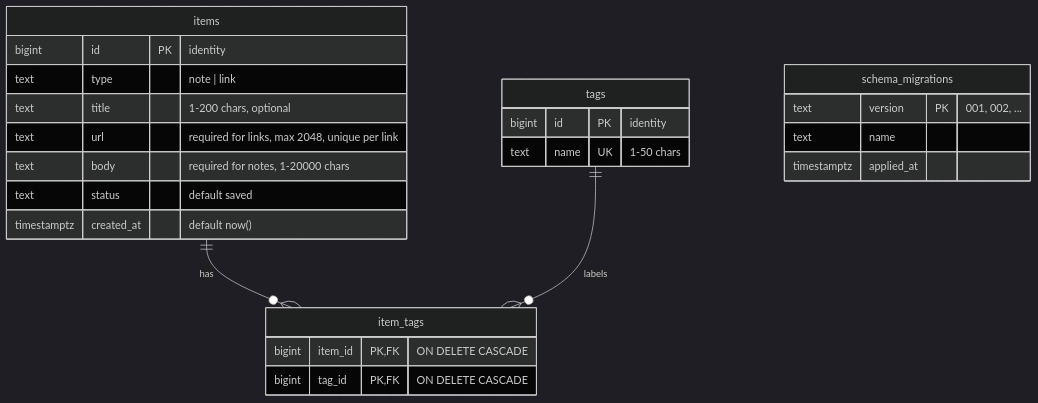
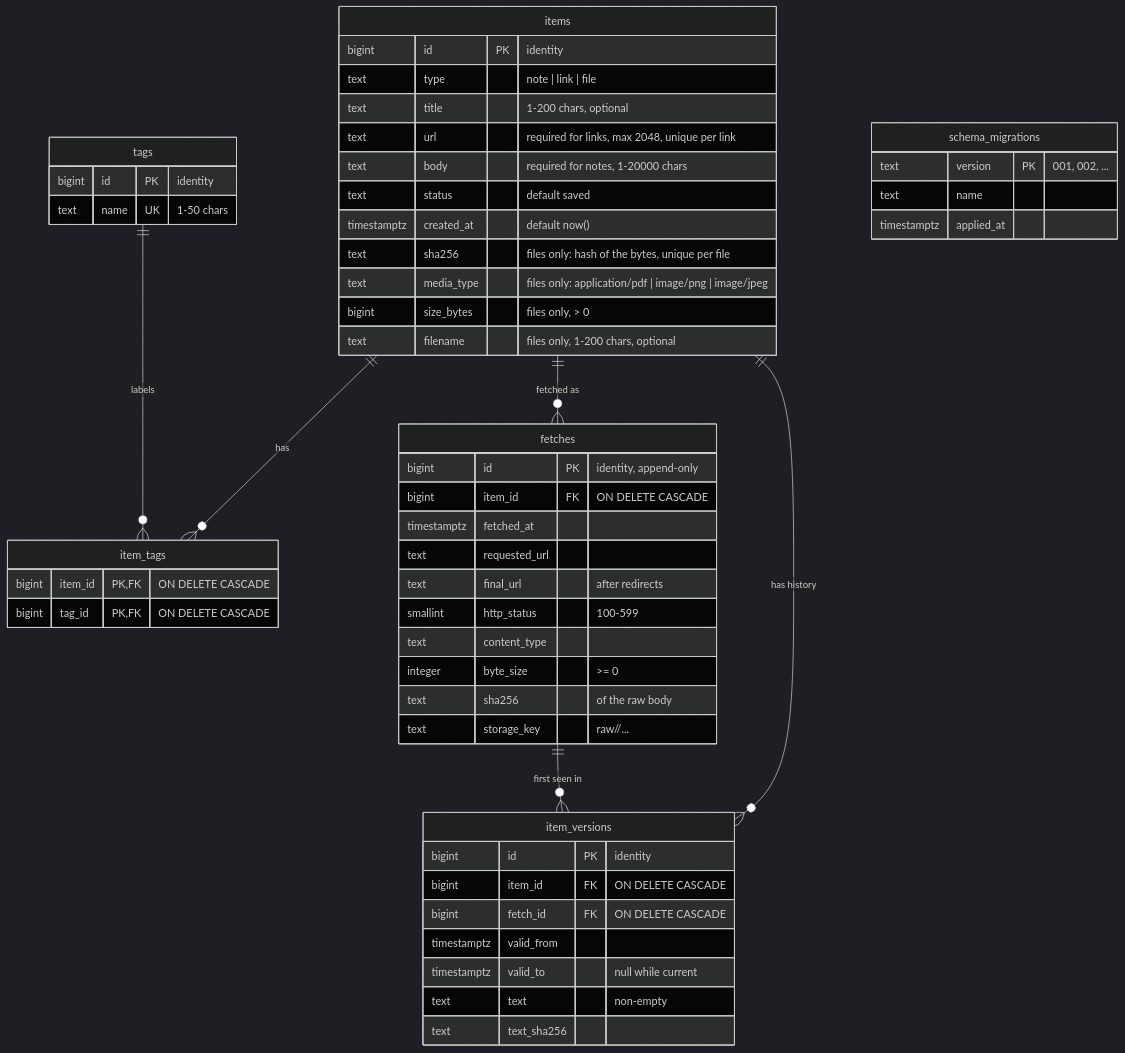
Before and after one commit to sxnfer/mind-dump: the diagram in docs/schema.md, drawn with Mermaid (dark theme). The commit also changed other lines of this file and 16 other files, not shown here.

First line of the commit message:
P2: upload files, stored once by content hash (D34)

````diff
--- a/docs/schema.md
+++ b/docs/schema.md
@@ -7,28 +7,56 @@
 ```mermaid
 erDiagram
     items ||--o{ item_tags : "has"
     tags  ||--o{ item_tags : "labels"
+    items ||--o{ fetches : "fetched as"
+    items ||--o{ item_versions : "has history"
+    fetches ||--o{ item_versions : "first seen in"
 
     items {
         bigint      id PK "identity"
-        text        type "note | link"
+        text        type "note | link | file"
         text        title "1-200 chars, optional"
         text        url "required for links, max 2048, unique per link"
         text        body "required for notes, 1-20000 chars"
         text        status "default saved"
         timestamptz created_at "default now()"
+        text        sha256 "files only: hash of the bytes, unique per file"
+        text        media_type "files only: application/pdf | image/png | image/jpeg"
+        bigint      size_bytes "files only, > 0"
+        text        filename "files only, 1-200 chars, optional"
+    }
+    fetches {
+        bigint      id PK "identity, append-only"
+        bigint      item_id FK "ON DELETE CASCADE"
+        timestamptz fetched_at
+        text        requested_url
+        text        final_url "after redirects"
+        smallint    http_status "100-599"
+        text        content_type
+        integer     byte_size ">= 0"
+        text        sha256 "of the raw body"
+        text        storage_key "raw/<item_id>/..."
+    }
+    item_versions {
+        bigint      id PK "identity"
+        bigint      item_id FK "ON DELETE CASCADE"
+        bigint      fetch_id FK "ON DELETE CASCADE"
+        timestamptz valid_from
+        timestamptz valid_to "null while current"
+        text        text "non-empty"
+        text        text_sha256
     }
     tags {
         bigint id PK "identity"
         text   name UK "1-50 chars"
     }
     item_tags {
         bigint item_id PK, FK "ON DELETE CASCADE"
         bigint tag_id  PK, FK "ON DELETE CASCADE"
     }
     schema_migrations {
         text        version PK "001, 002, ..."
         text        name
         timestamptz applied_at
     }
 ```
````
